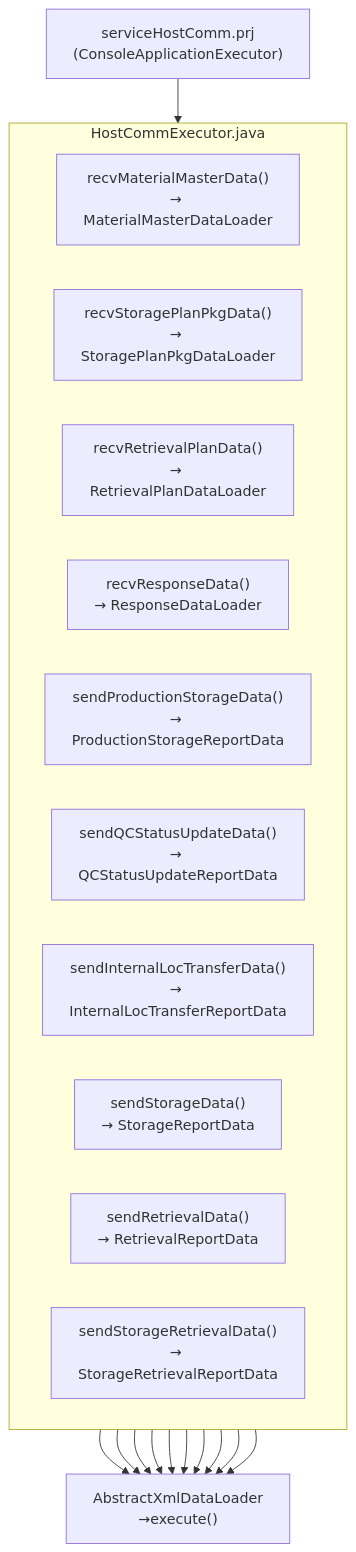
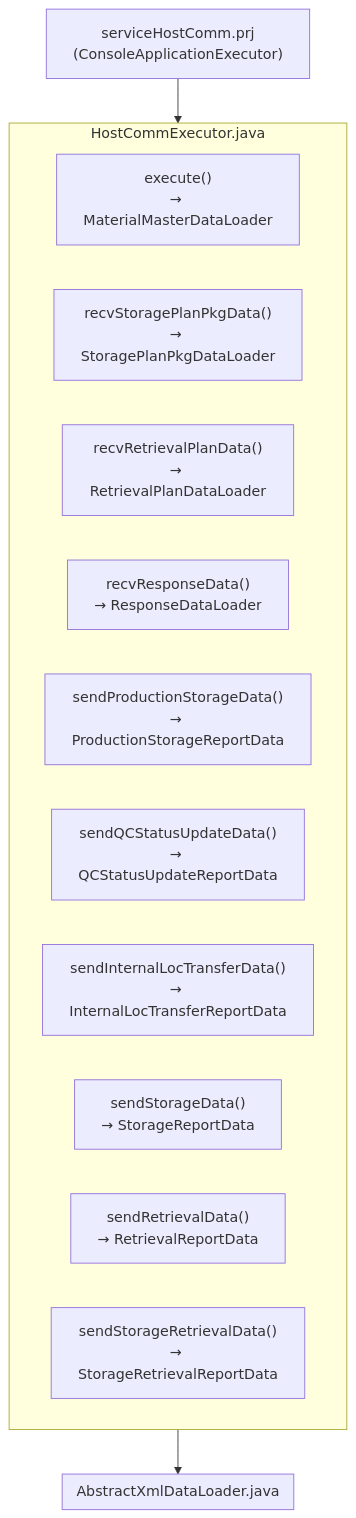
The diagram in Basic-Design/Host-Interfaces.md (luthfiadityaa/SimeDarby-Wiki), drawn with Mermaid before and after one commit. The commit also changed other lines of this file, not shown here.

Commit message:
Updated Host Interfaces

```diff
--- a/Basic-Design/Host-Interfaces.md
+++ b/Basic-Design/Host-Interfaces.md
@@ -31,32 +30,26 @@
 ::: mermaid
 flowchart TD
         C1["serviceHostComm.prj<br>(ConsoleApplicationExecutor)"]       
     
         C1 --> HostCommExecutor.java
-
-        C12["AbstractXmlDataLoader<br>→execute()"]
-
-        HostCommExecutor.java --> C12
-        HostCommExecutor.java --> C12
-        HostCommExecutor.java --> C12
-        HostCommExecutor.java --> C12
-        HostCommExecutor.java --> C12
-        HostCommExecutor.java --> C12
-        HostCommExecutor.java --> C12
-        HostCommExecutor.java --> C12
-        HostCommExecutor.java --> C12
-        HostCommExecutor.java --> C12
+        AbstractXmlDataLoader.java
+        HostCommExecutor.java --> AbstractXmlDataLoader.java
 
 subgraph HostCommExecutor.java
         C2["recvMaterialMasterData()<br>→ MaterialMasterDataLoader"]
         C3["recvStoragePlanPkgData()<br>→ StoragePlanPkgDataLoader"]
         C4["recvRetrievalPlanData()<br>→ RetrievalPlanDataLoader"]
         C5["recvResponseData()<br>→ ResponseDataLoader"]
         C6["sendProductionStorageData()<br>→ ProductionStorageReportData"]
         C7["sendQCStatusUpdateData()<br>→ QCStatusUpdateReportData"]
         C8["sendInternalLocTransferData()<br>→ InternalLocTransferReportData"]
         C9["sendStorageData()<br>→ StorageReportData"]
         C10["sendRetrievalData()<br>→ RetrievalReportData"]
         C11["sendStorageRetrievalData()<br>→ StorageRetrievalReportData"]
 end
+
+subgraph AbstractXmlDataLoader.java
+        C2["execute()<br>→ MaterialMasterDataLoader"]
+end
+
 :::
```
